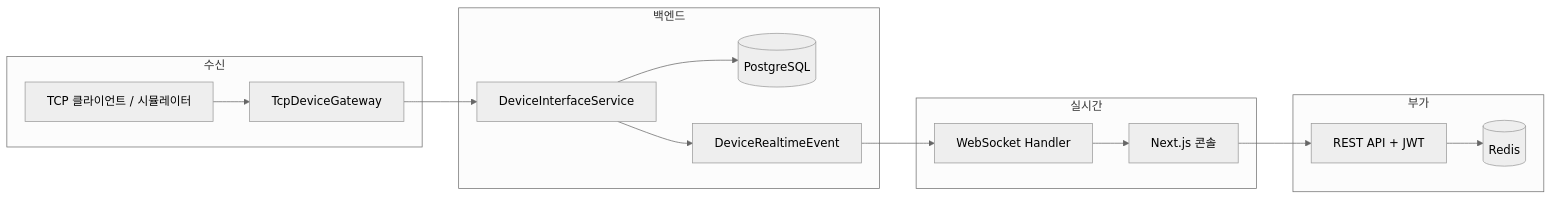
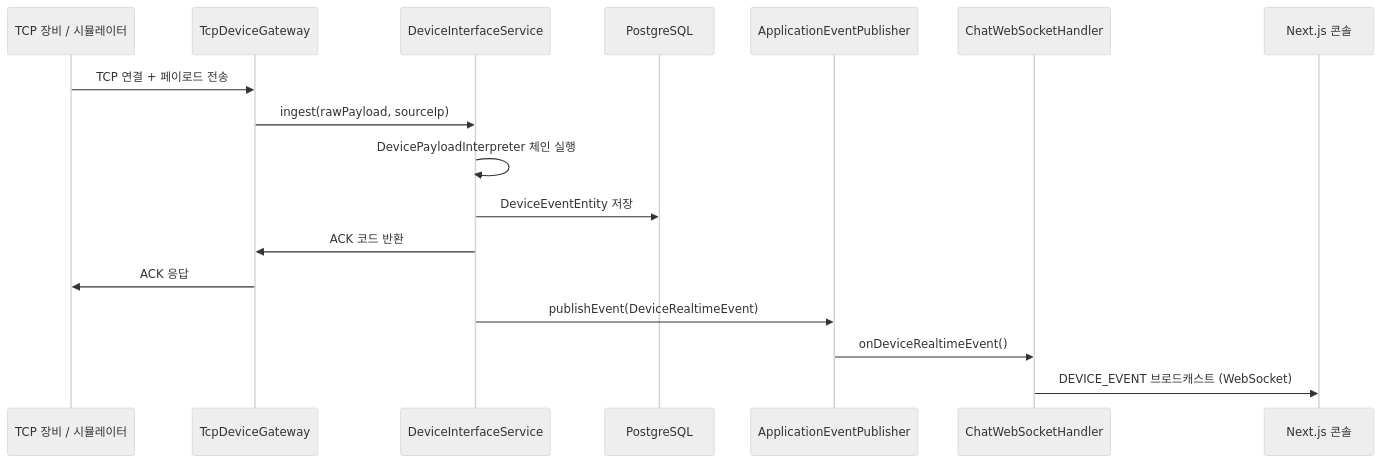
One commit to skyleedevzero86/carebridge-platform changed the sixth of 6 diagrams in README.md. Above: the diagram before and after it, drawn with Mermaid (neutral theme). The commit also changed other lines of this file, not shown here.

````diff
--- a/README.md
+++ b/README.md
@@ -59,30 +672,20 @@
 ```mermaid
-flowchart LR
-  subgraph ingest [수신]
-    TCP[TCP 클라이언트 / 시뮬레이터]
-    GW[TcpDeviceGateway]
-    TCP --> GW
-  end
+sequenceDiagram
+    participant DEV as TCP 장비 / 시뮬레이터
+    participant GW as TcpDeviceGateway
+    participant SVC as DeviceInterfaceService
+    participant DB as PostgreSQL
+    participant EVT as ApplicationEventPublisher
+    participant WS as ChatWebSocketHandler
+    participant UI as Next.js 콘솔
 
-  subgraph core [백엔드]
-    SVC[DeviceInterfaceService]
-    DB[(PostgreSQL)]
-    GW --> SVC
-    SVC --> DB
-    SVC --> EVT[DeviceRealtimeEvent]
-  end
-
-  subgraph rt [실시간]
-    WS[WebSocket Handler]
-    UI[Next.js 콘솔]
-    EVT --> WS
-    WS --> UI
-  end
-
-  subgraph support [부가]
-    R[(Redis)]
-    REST[REST API + JWT]
-    UI --> REST
-    REST --> R
-  end
+    DEV->>GW: TCP 연결 + 페이로드 전송
+    GW->>SVC: ingest(rawPayload, sourceIp)
+    SVC->>SVC: DevicePayloadInterpreter 체인 실행
+    SVC->>DB: DeviceEventEntity 저장
+    SVC->>GW: ACK 코드 반환
+    GW->>DEV: ACK 응답
+    SVC->>EVT: publishEvent(DeviceRealtimeEvent)
+    EVT->>WS: onDeviceRealtimeEvent()
+    WS->>UI: DEVICE_EVENT 브로드캐스트 (WebSocket)
 ```
````
